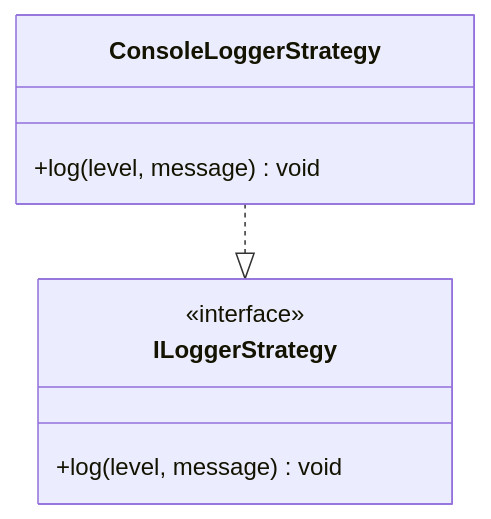
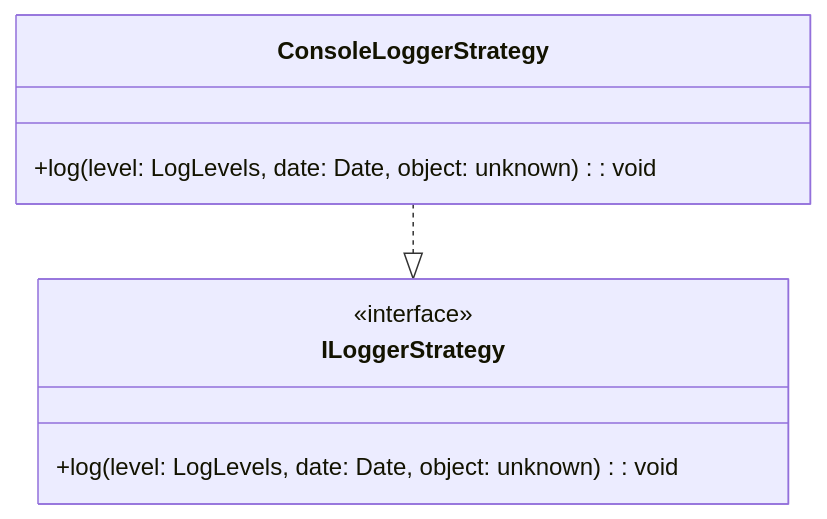
Before and after one commit to Basalt-Lab/basalt-doc: the diagram in docs/basalt-logger/reference/ConsoleLoggerStrategy.en.md, drawn with Mermaid. The commit also changed other lines of this file and 5 other files, not shown here.

````diff
--- a/docs/basalt-logger/reference/ConsoleLoggerStrategy.en.md
+++ b/docs/basalt-logger/reference/ConsoleLoggerStrategy.en.md
@@ -7,13 +7,13 @@
 ```mermaid
 classDiagram
     class ConsoleLoggerStrategy {
-        +log(level, message) void
+        +log(level: LogLevels, date: Date, object: unknown): void
     }
     ConsoleLoggerStrategy ..|> ILoggerStrategy
     
     class ILoggerStrategy {
             <<interface>>
-        +log(level, message) void
+        +log(level: LogLevels, date: Date, object: unknown): void
     }
     
 ```
````
